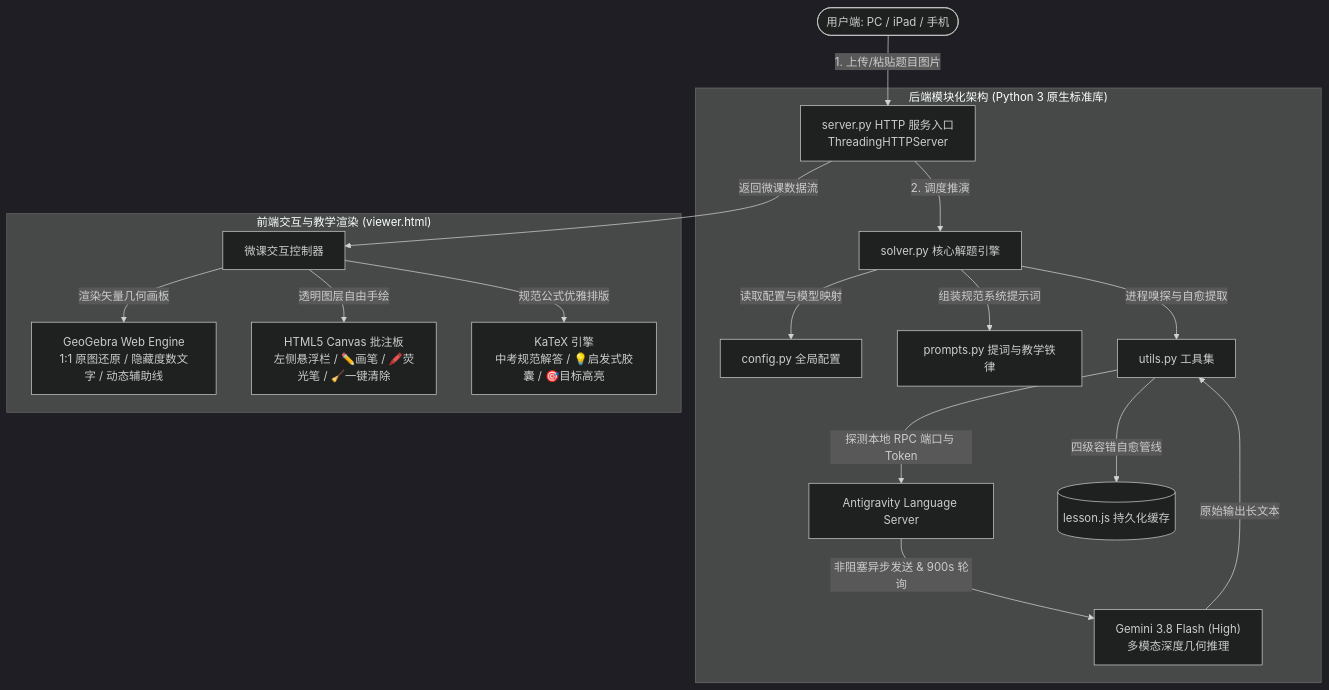
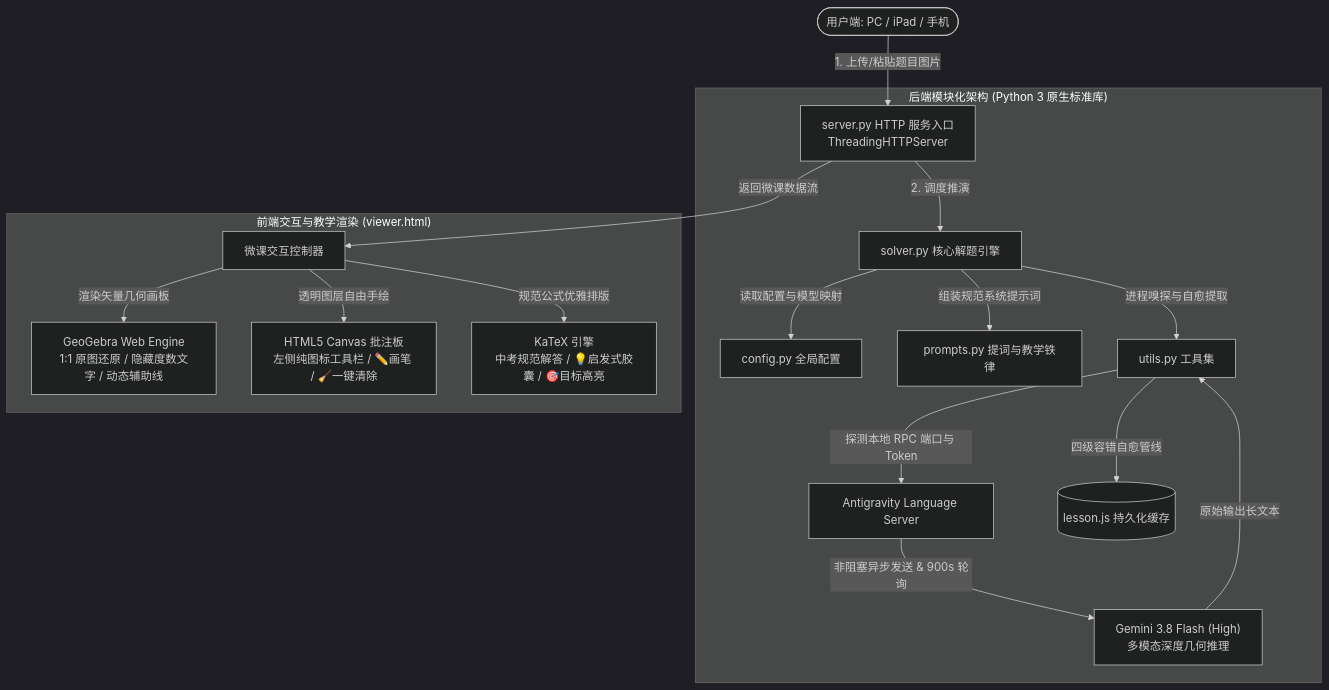
One commit to kkt0474/math_tutor changed the diagram in README.md. Above: the diagram before and after it, drawn with Mermaid (dark theme). The commit also changed other lines of this file and 4 other files, not shown here.

````diff
--- a/README.md
+++ b/README.md
@@ -41,22 +41,22 @@
 ```mermaid
 flowchart TD
     User(["用户端: PC / iPad / 手机"]) -->|1. 上传/粘贴题目图片| Server["server.py HTTP 服务入口<br/>ThreadingHTTPServer"]
     
     subgraph Backend ["后端模块化架构 (Python 3 原生标准库)"]
         Server -->|2. 调度推演| Solver["solver.py 核心解题引擎"]
         Solver -->|读取配置与模型映射| Config["config.py 全局配置"]
         Solver -->|组装规范系统提示词| Prompts["prompts.py 提词与教学铁律"]
         Solver -->|进程嗅探与自愈提取| Utils["utils.py 工具集"]
         Utils -->|探测本地 RPC 端口与 Token| LocalRPC["Antigravity Language Server"]
         LocalRPC -->|非阻塞异步发送 & 900s 轮询| Model["Gemini 3.8 Flash (High)<br/>多模态深度几何推理"]
         Model -->|原始输出长文本| Utils
         Utils -->|四级容错自愈管线| LessonStorage[("lesson.js 持久化缓存")]
     end
 
     subgraph Frontend ["前端交互与教学渲染 (viewer.html)"]
         Server -->|返回微课数据流| ViewCtrl["微课交互控制器"]
         ViewCtrl -->|渲染矢量几何画板| GGB["GeoGebra Web Engine<br/>1:1 原图还原 / 隐藏度数文字 / 动态辅助线"]
-        ViewCtrl -->|透明图层自由手绘| CanvasLayer["HTML5 Canvas 批注板<br/>左侧悬浮栏 / ✏️画笔 / 🖍️荧光笔 / 🧹一键清除"]
+        ViewCtrl -->|透明图层自由手绘| CanvasLayer["HTML5 Canvas 批注板<br/>左侧纯图标工具栏 / ✏️画笔 / 🧹一键清除"]
         ViewCtrl -->|规范公式优雅排版| KaTeX["KaTeX 引擎<br/>中考规范解答 / 💡启发式胶囊 / 🎯目标高亮"]
     end
 ```
````
